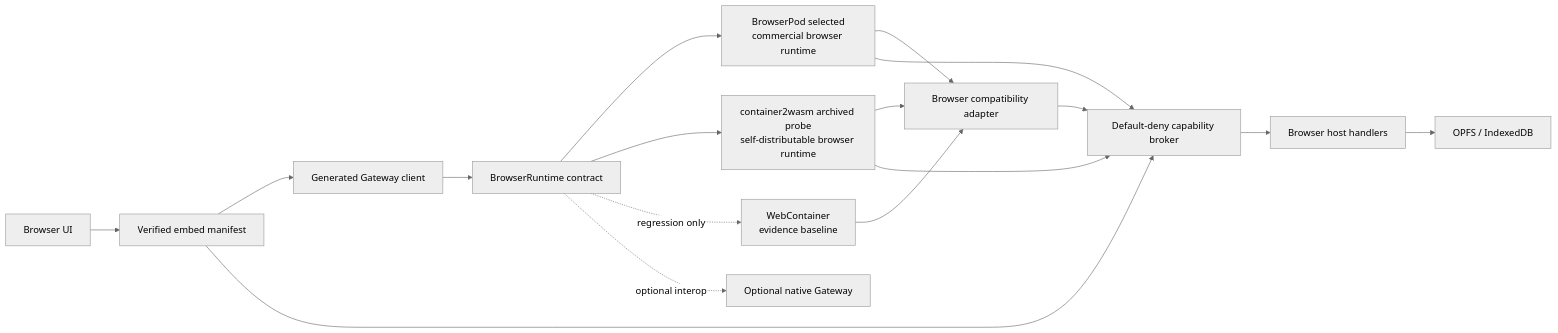
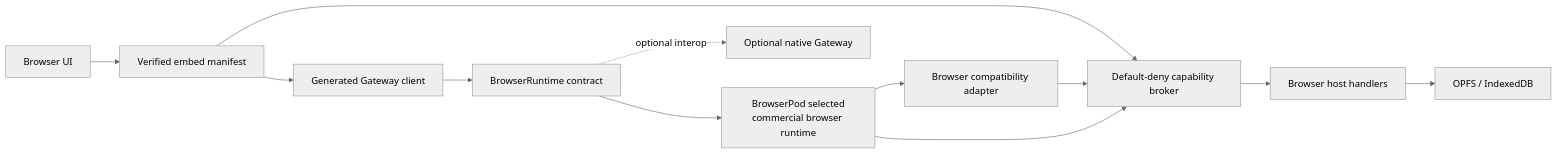
One commit to haya-inc/clawsembly changed the diagram in docs/architecture.md. Above: the diagram before and after it, drawn with Mermaid (neutral theme). The commit also changed other lines of this file and 42 other files, not shown here.

Commit message:
Remove active WebContainer paths

````diff
--- a/docs/architecture.md
+++ b/docs/architecture.md
@@ -11,28 +12,22 @@
 ```mermaid
 flowchart LR
     UI["Browser UI"]
     Manifest["Verified embed manifest"]
     Client["Generated Gateway client"]
     Contract["BrowserRuntime contract"]
     Commercial["BrowserPod selected\ncommercial browser runtime"]
-    Open["container2wasm archived probe\nself-distributable browser runtime"]
-    Baseline["WebContainer\nevidence baseline"]
     Remote["Optional native Gateway"]
     Adapter["Browser compatibility adapter"]
     Broker["Default-deny capability broker"]
     Host["Browser host handlers"]
     Store["OPFS / IndexedDB"]
 
     UI --> Manifest --> Client --> Contract
     Manifest --> Broker
     Contract --> Commercial
-    Contract --> Open
-    Contract -. regression only .-> Baseline
     Contract -. optional interop .-> Remote
     Commercial --> Adapter
-    Open --> Adapter
-    Baseline --> Adapter --> Broker --> Host
+    Adapter --> Broker --> Host
     Commercial --> Broker
-    Open --> Broker
     Host --> Store
 ```
````
